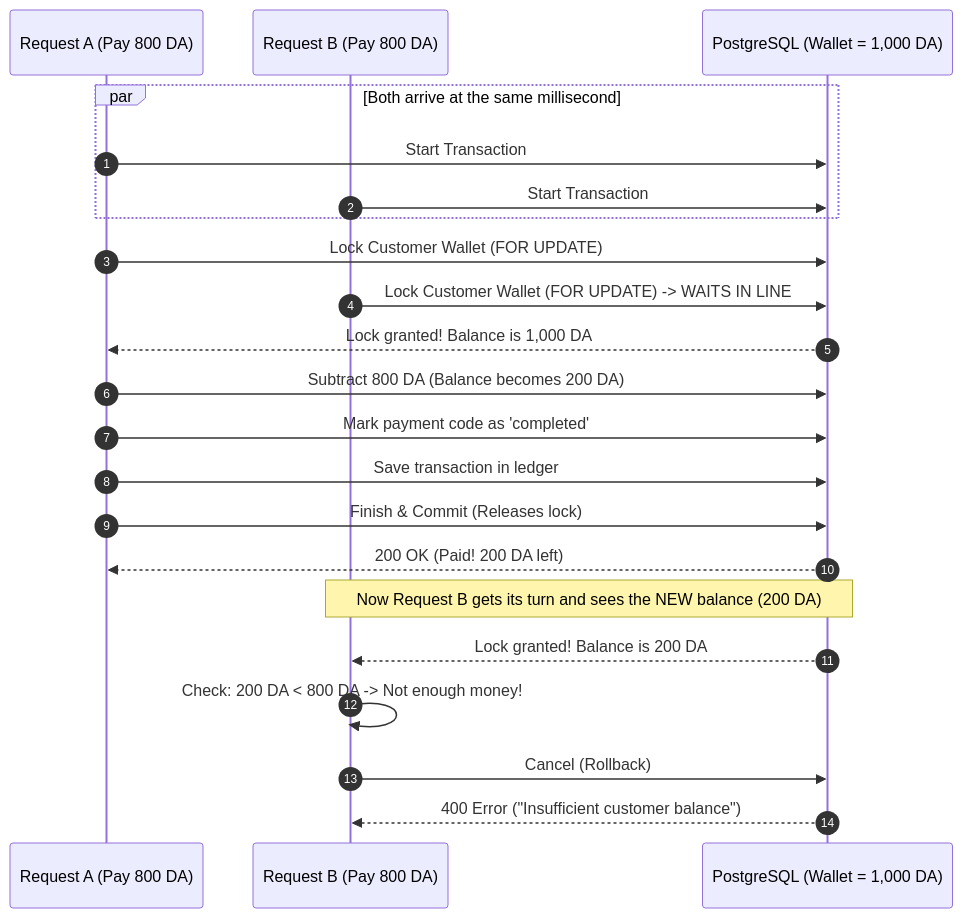
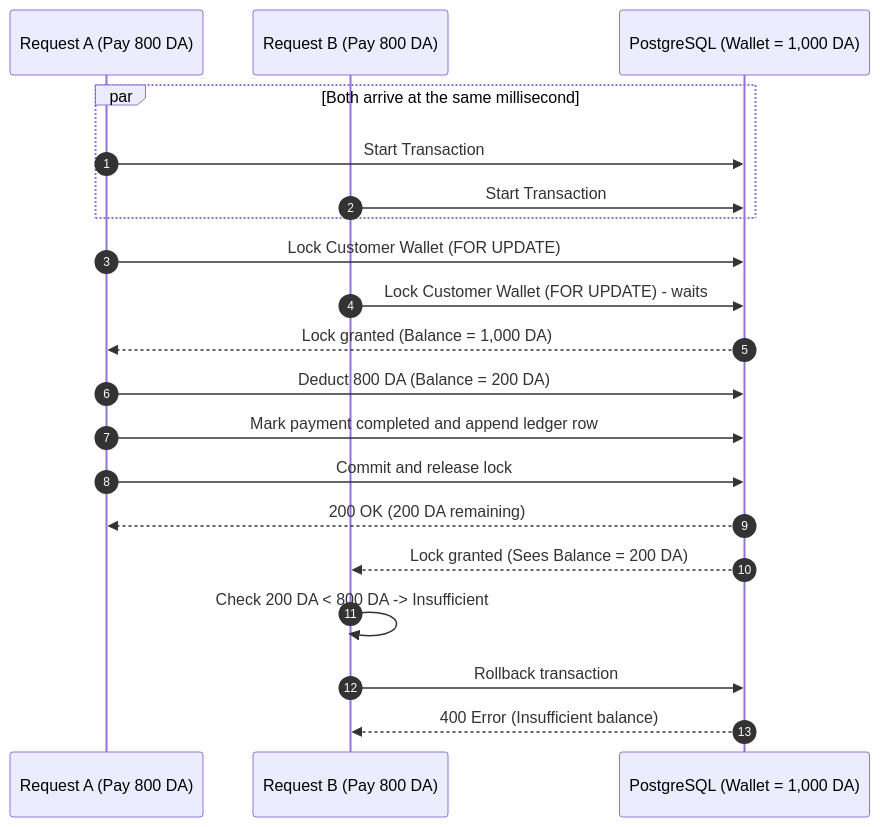
Before and after one commit to lyna-asma/project1-dtc: the first of 7 diagrams in docs/03-concurrency-and-idempotency.md, drawn with Mermaid. The commit also changed other lines of this file and 19 other files, not shown here.

Commit message:
docs: align Blendinar v1 product plan, 9-milestone backlog, ADRs, and visual diagrams

````diff
--- a/docs/03-concurrency-and-idempotency.md
+++ b/docs/03-concurrency-and-idempotency.md
@@ -17,28 +15,26 @@
 ```mermaid
 sequenceDiagram
     autonumber
     participant ReqA as Request A (Pay 800 DA)
     participant ReqB as Request B (Pay 800 DA)
     participant PG as PostgreSQL (Wallet = 1,000 DA)
 
     par Both arrive at the same millisecond
         ReqA->>PG: Start Transaction
         ReqB->>PG: Start Transaction
     end
 
     ReqA->>PG: Lock Customer Wallet (FOR UPDATE)
-    ReqB->>PG: Lock Customer Wallet (FOR UPDATE) -> WAITS IN LINE
-    PG-->>ReqA: Lock granted! Balance is 1,000 DA
+    ReqB->>PG: Lock Customer Wallet (FOR UPDATE) - waits
+    PG-->>ReqA: Lock granted (Balance = 1,000 DA)
 
-    ReqA->>PG: Subtract 800 DA (Balance becomes 200 DA)
-    ReqA->>PG: Mark payment code as 'completed'
-    ReqA->>PG: Save transaction in ledger
-    ReqA->>PG: Finish & Commit (Releases lock)
-    PG-->>ReqA: 200 OK (Paid! 200 DA left)
+    ReqA->>PG: Deduct 800 DA (Balance = 200 DA)
+    ReqA->>PG: Mark payment completed and append ledger row
+    ReqA->>PG: Commit and release lock
+    PG-->>ReqA: 200 OK (200 DA remaining)
 
-    Note over ReqB,PG: Now Request B gets its turn and sees the NEW balance (200 DA)
-    PG-->>ReqB: Lock granted! Balance is 200 DA
-    ReqB->>ReqB: Check: 200 DA < 800 DA -> Not enough money!
-    ReqB->>PG: Cancel (Rollback)
-    PG-->>ReqB: 400 Error ("Insufficient customer balance")
+    PG-->>ReqB: Lock granted (Sees Balance = 200 DA)
+    ReqB->>ReqB: Check 200 DA < 800 DA -> Insufficient
+    ReqB->>PG: Rollback transaction
+    PG-->>ReqB: 400 Error (Insufficient balance)
 ```
````
